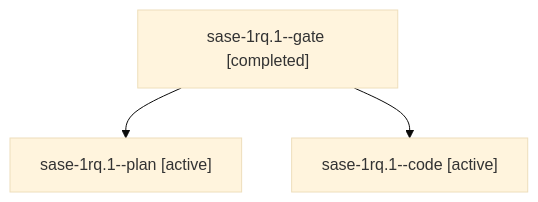
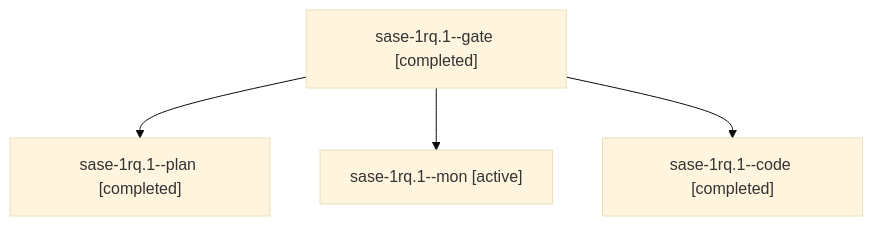
The diagram in sessions/bbugyi200.athena.sase-1rq.1.md (sase-org/sase--agents), drawn with Mermaid (base theme) before and after one commit. The commit also changed other lines of this file and 104 other files, not shown here.

````diff
--- a/sessions/bbugyi200.athena.sase-1rq.1.md
+++ b/sessions/bbugyi200.athena.sase-1rq.1.md
@@ -9,8 +9,10 @@
 ```mermaid
 flowchart TD
   n0["sase-1rq.1--gate [completed]"]
-  n1["sase-1rq.1--plan [active]"]
+  n1["sase-1rq.1--plan [completed]"]
   n0 --> n1
-  n2["sase-1rq.1--code [active]"]
+  n2["sase-1rq.1--mon [active]"]
   n0 --> n2
+  n3["sase-1rq.1--code [completed]"]
+  n0 --> n3
 ```
````
